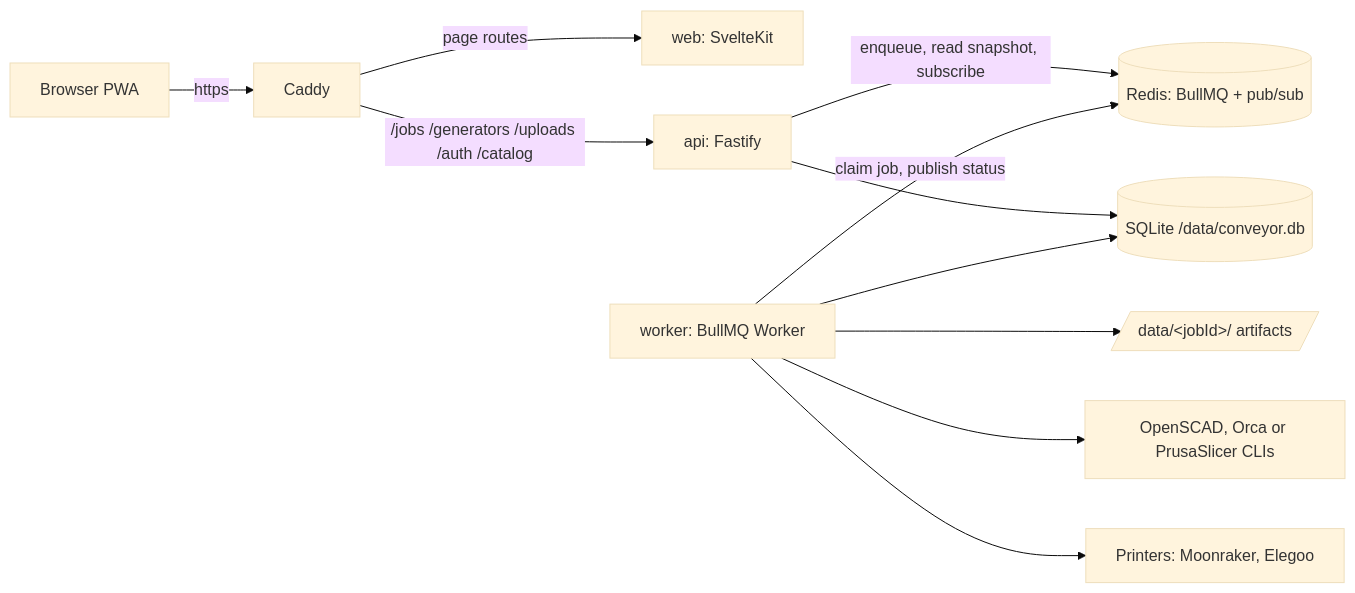
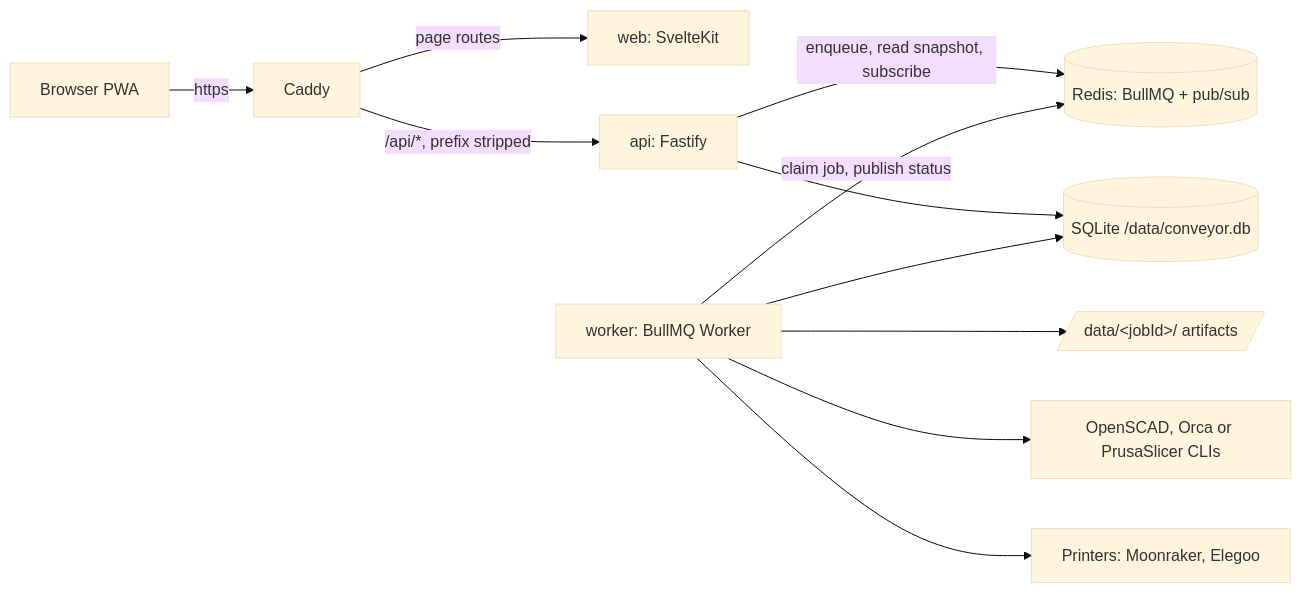
The diagram in docs/architecture.md (OnlyOneByte/Conveyor), drawn with Mermaid (base theme) before and after one commit. The commit also changed other lines of this file and 17 other files, not shown here.

````diff
--- a/docs/architecture.md
+++ b/docs/architecture.md
@@ -9,13 +9,13 @@
 ```mermaid
 flowchart LR
   B[Browser PWA] -->|https| C[Caddy]
   C -->|page routes| W[web: SvelteKit]
-  C -->|/jobs /generators /uploads /auth /catalog| A[api: Fastify]
+  C -->|/api/*, prefix stripped| A[api: Fastify]
   A -->|enqueue, read snapshot, subscribe| R[(Redis: BullMQ + pub/sub)]
   K[worker: BullMQ Worker] -->|claim job, publish status| R
   A --> D[(SQLite /data/conveyor.db)]
   K --> D
   K --> F[/data/&lt;jobId&gt;/ artifacts/]
   K --> E[OpenSCAD, Orca or PrusaSlicer CLIs]
   K --> P[Printers: Moonraker, Elegoo]
 ```
````
